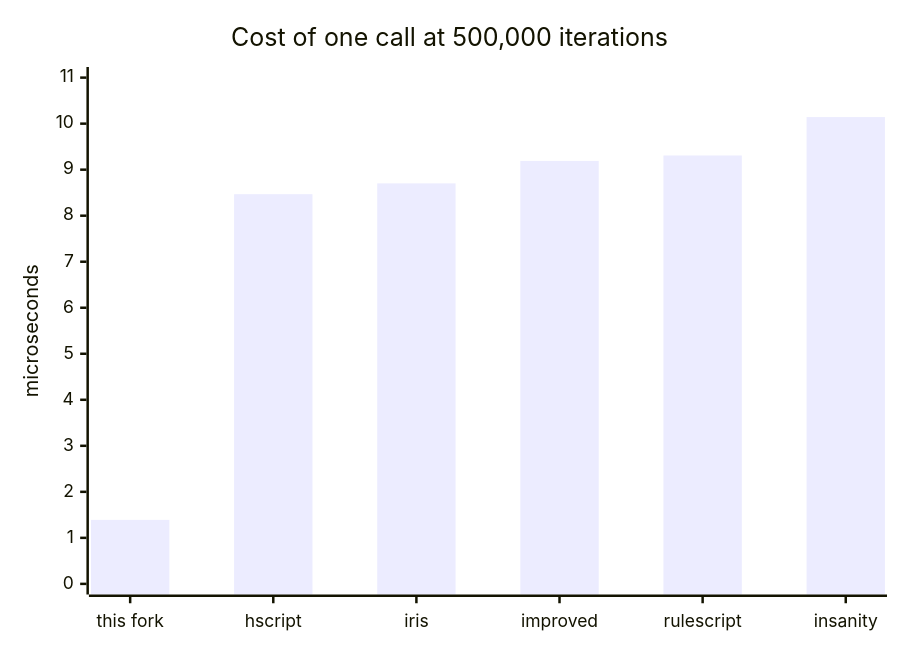
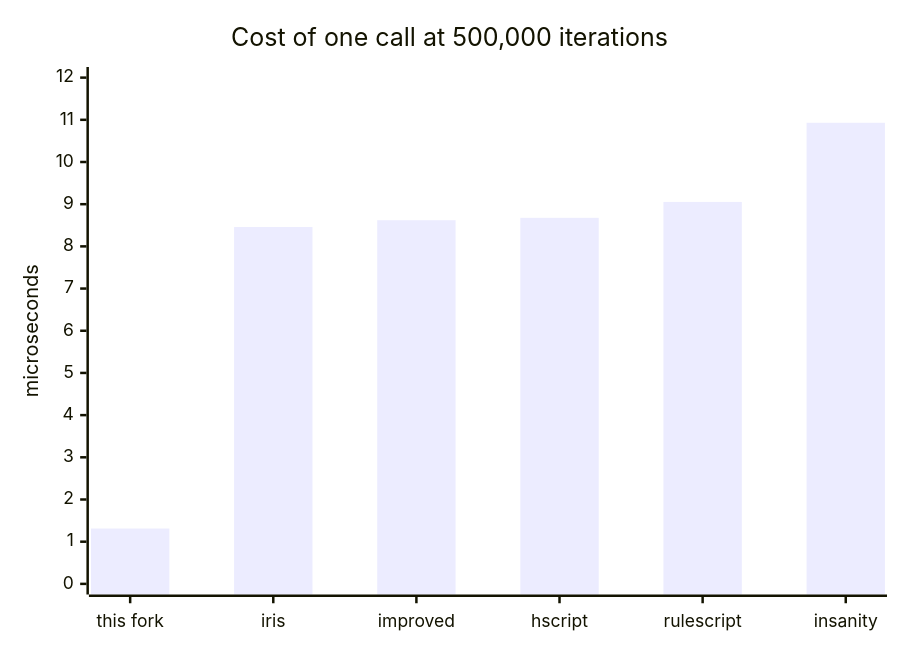
The second of 2 diagrams in docs/benchmarks.md (MeguminBOT/hscript-insanity), drawn with Mermaid before and after one commit. The commit also changed other lines of this file and 2 other files, not shown here.

````diff
--- a/docs/benchmarks.md
+++ b/docs/benchmarks.md
@@ -25,7 +126,7 @@
 ```mermaid
 xychart-beta
     title "Cost of one call at 500,000 iterations"
-    x-axis ["this fork", "hscript", "iris", "improved", "rulescript", "insanity"]
-    y-axis "microseconds" 0 --> 11
-    bar [1.391, 8.467, 8.702, 9.190, 9.308, 10.143]
+    x-axis ["this fork", "iris", "improved", "hscript", "rulescript", "insanity"]
+    y-axis "microseconds" 0 --> 12
+    bar [1.312, 8.459, 8.620, 8.677, 9.053, 10.930]
 ```
````
